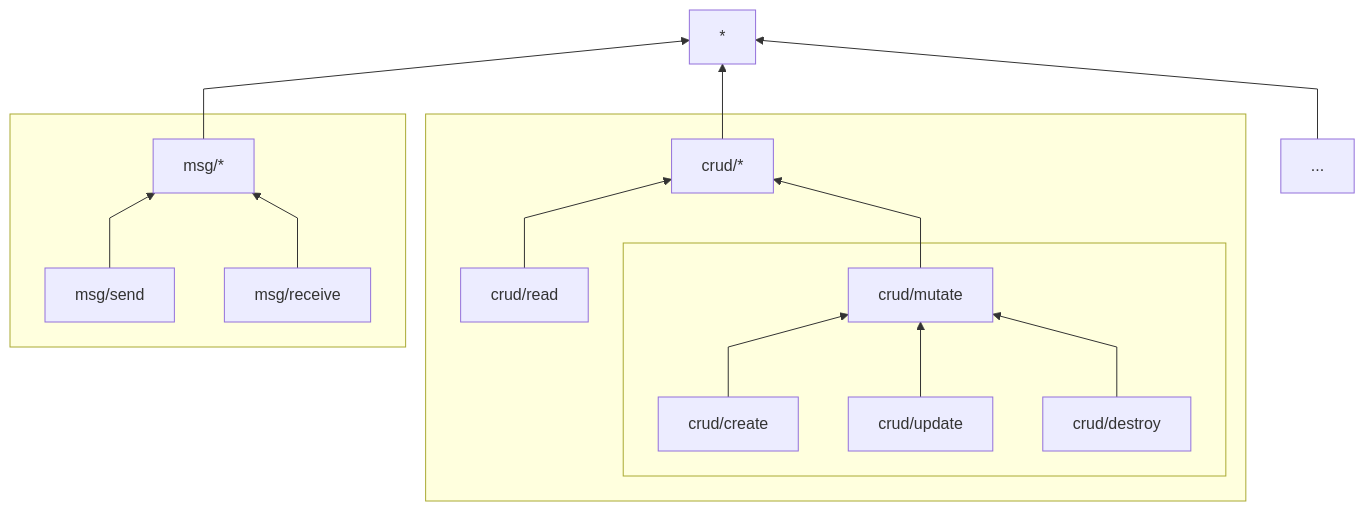
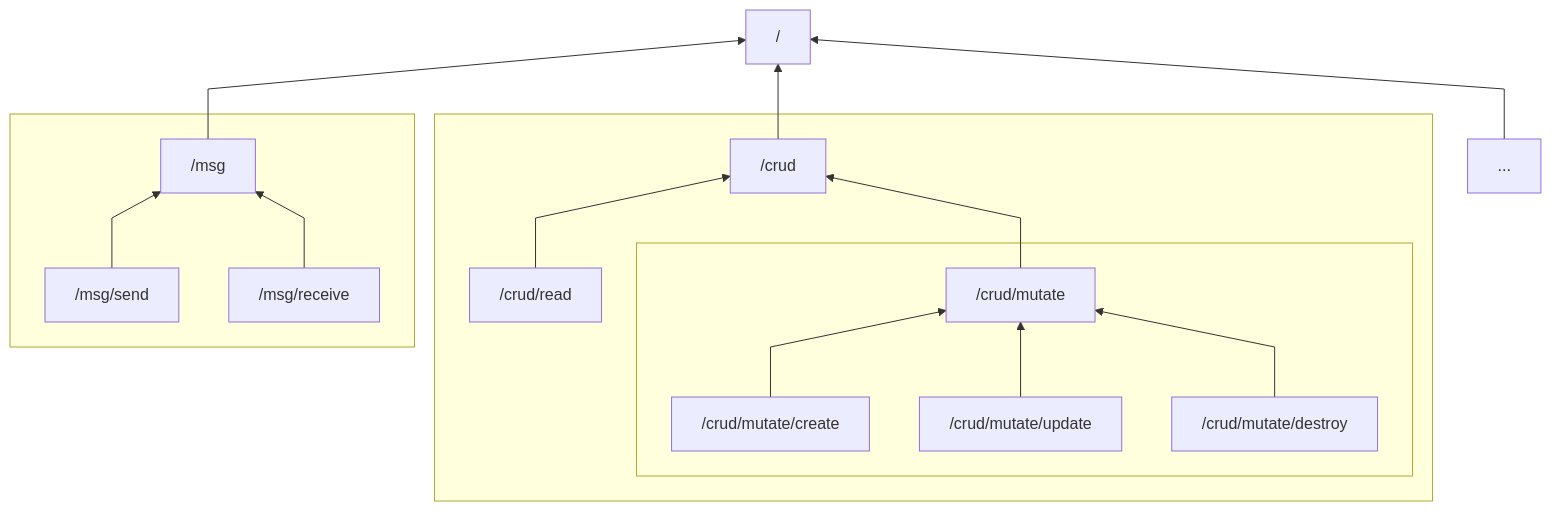
One commit to ucan-wg/spec changed the fifth of 8 diagrams in README.md. Above: the diagram before and after it, drawn with Mermaid. The commit also changed other lines of this file and 5 other files, not shown here.

````diff
--- a/README.md
+++ b/README.md
@@ -678,26 +425,26 @@
 ``` mermaid
 %%{ init: { 'flowchart': { 'curve': 'linear' } } }%%
 
 flowchart BT
-  *
+  /
 
-  msg/* --> *
+  /msg --> /
   subgraph msgGraph [ ]
-    msg/send --> msg/*
-    msg/receive --> msg/*
+    /msg/send --> /msg
+    /msg/receive --> /msg
   end
 
-  crud/* --> *
+  /crud --> /
   subgraph crudGraph [ ]
-    crud/read --> crud/*
-    crud/mutate --> crud/*
+    /crud/read --> /crud
+    /crud/mutate --> /crud
 
     subgraph mutationGraph [ ]
-        crud/create --> crud/mutate
-        crud/update --> crud/mutate
-        crud/destroy --> crud/mutate
+        /crud/mutate/create --> /crud/mutate
+        /crud/mutate/update --> /crud/mutate
+        /crud/mutate/destroy --> /crud/mutate
     end
   end
 
-  ... --> *
+  ... --> /
 ```
````
